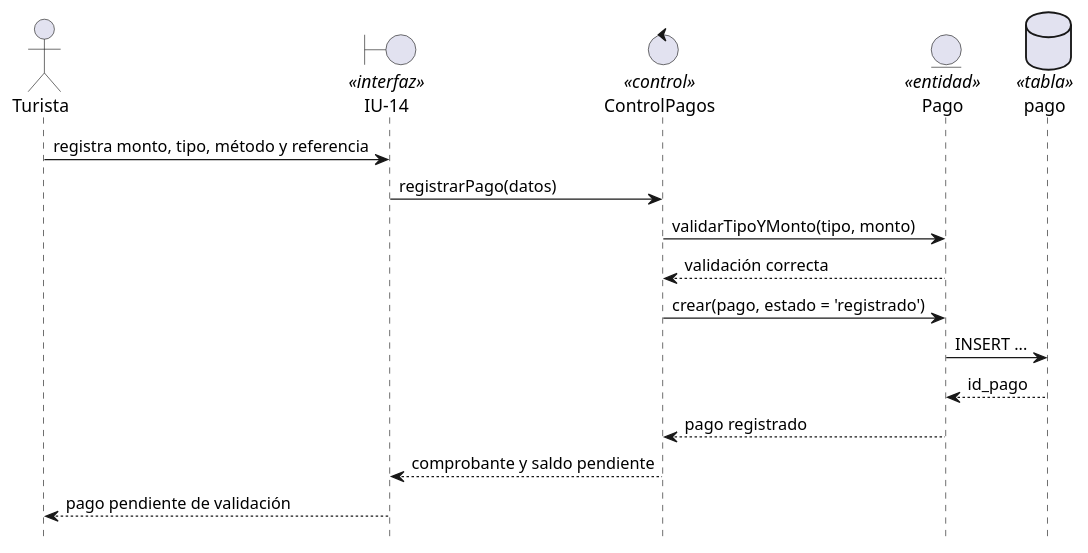
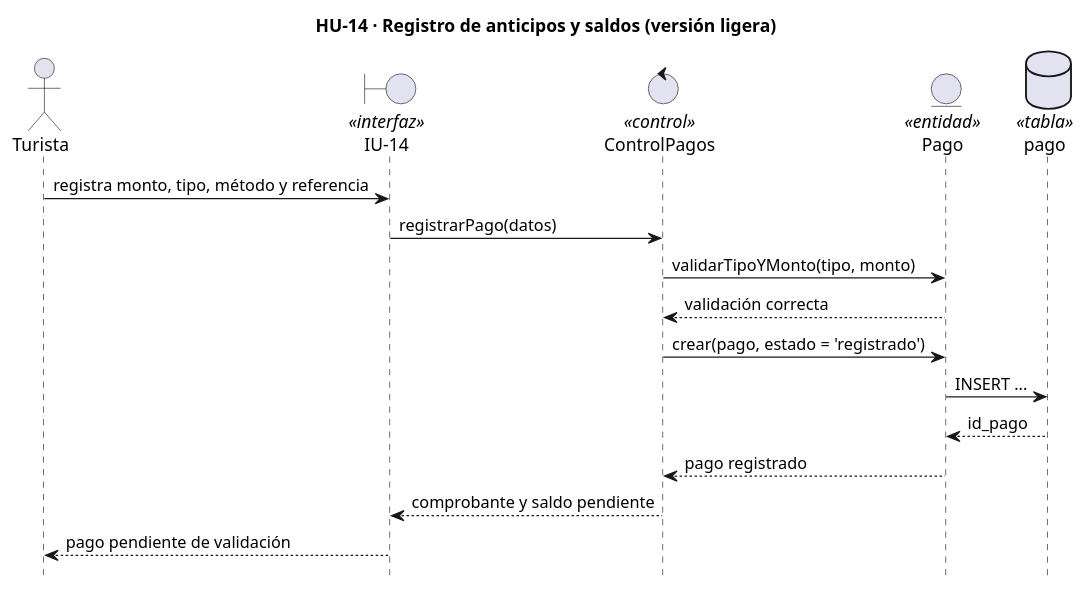
Before and after one commit to fervflow/sis-inf3-proyecto-formativo: the diagram in sistema/diagramas/uml/secuencia-light/hu-14-registrar-pago.puml, drawn with PlantUML. The commit also changed 24 other files, not shown here.

Commit message:
feat: titulo de HU en diagramas de secuencia

```diff
--- a/sistema/diagramas/uml/secuencia-light/hu-14-registrar-pago.puml
+++ b/sistema/diagramas/uml/secuencia-light/hu-14-registrar-pago.puml
@@ -1,21 +1,21 @@
 @startuml
-' HU-14 · Registro de anticipos y saldos (versión ligera)
+title HU-14 · Registro de anticipos y saldos (versión ligera)
 hide footbox
 
 actor "Turista" as TUR
 boundary "IU-14" as UI <<interfaz>>
 control "ControlPagos" as CTRL <<control>>
 entity "Pago" as E_PAGO <<entidad>>
 database "pago" as T_PAGO <<tabla>>
 
 TUR -> UI : registra monto, tipo, método y referencia
 UI -> CTRL : registrarPago(datos)
 CTRL -> E_PAGO : validarTipoYMonto(tipo, monto)
 E_PAGO --> CTRL : validación correcta
 CTRL -> E_PAGO : crear(pago, estado = 'registrado')
 E_PAGO -> T_PAGO : INSERT ...
 T_PAGO --> E_PAGO : id_pago
 E_PAGO --> CTRL : pago registrado
 CTRL --> UI : comprobante y saldo pendiente
 UI --> TUR : pago pendiente de validación
 @enduml
```
